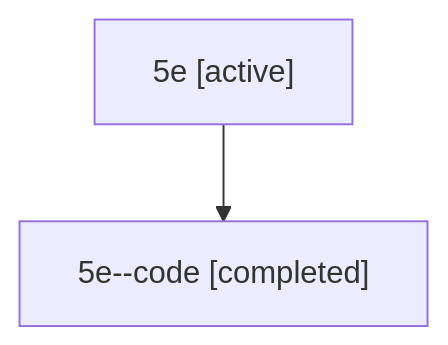
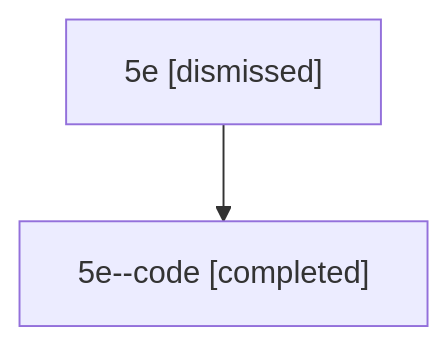
The diagram in sessions/bbugyi200.athena.5e.md (bobs-org/bob-cli--agents), drawn with Mermaid before and after one commit. The commit also changed other lines of this file and 6 other files, not shown here.

````diff
--- a/sessions/bbugyi200.athena.5e.md
+++ b/sessions/bbugyi200.athena.5e.md
@@ -9,6 +9,6 @@
 ```mermaid
 flowchart TD
-  n0["5e [active]"]
+  n0["5e [dismissed]"]
   n1["5e--code [completed]"]
   n0 --> n1
 ```
````
